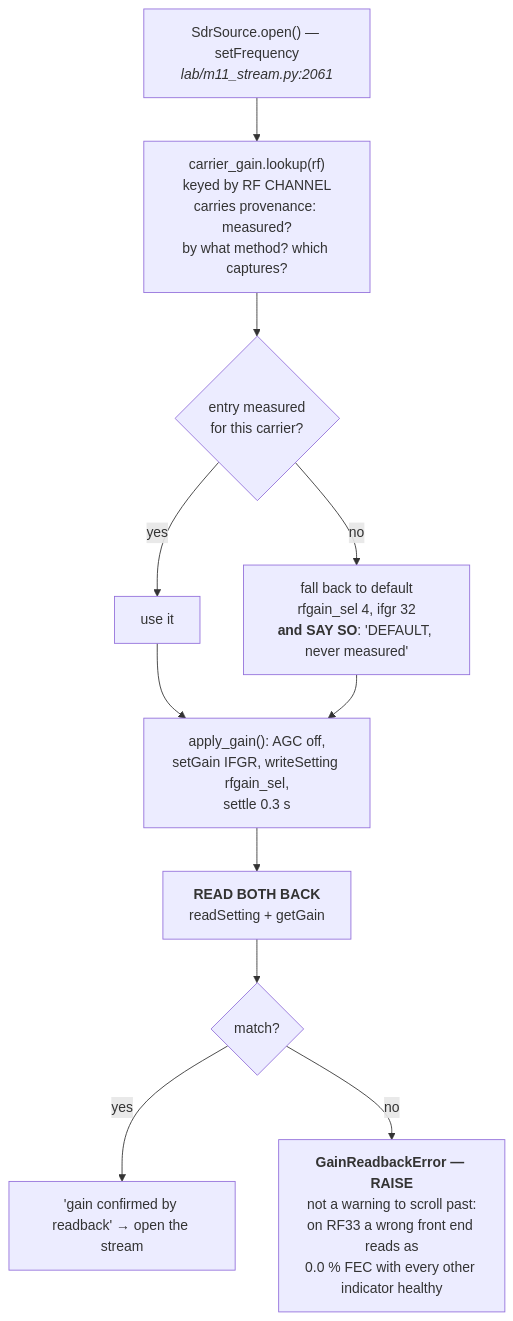
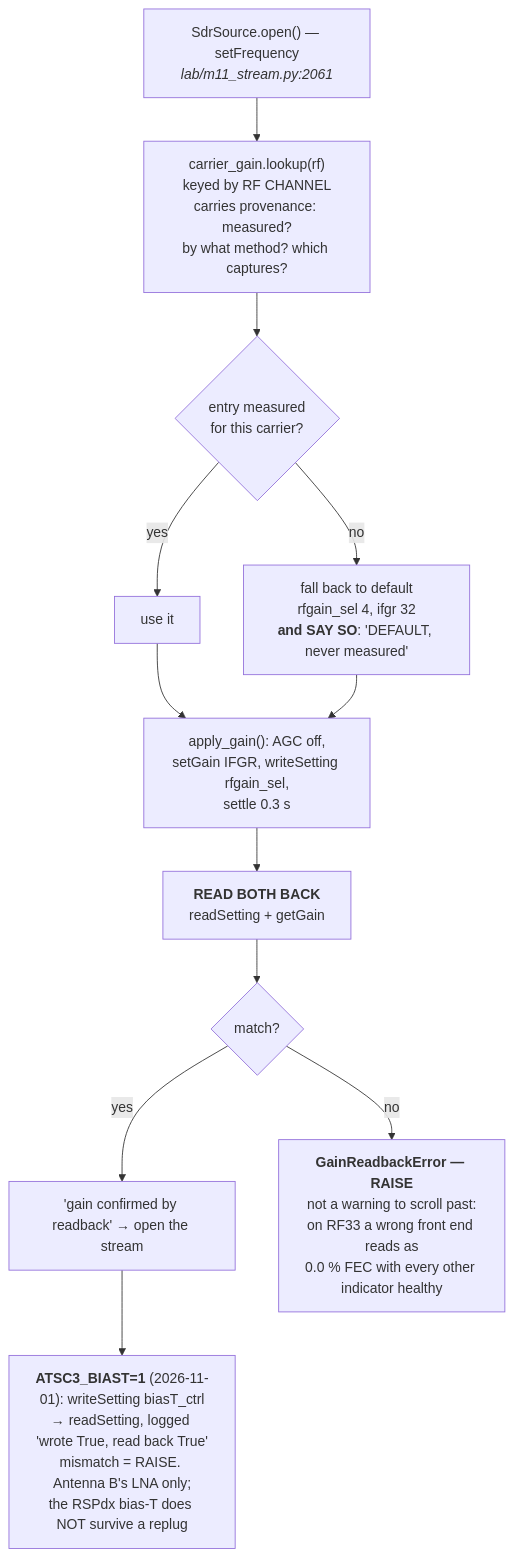
One commit to Felbs/atsc3 changed the second of 15 diagrams in docs/ARCHITECTURE.md. Above: the diagram before and after it, drawn with Mermaid. The commit also changed other lines of this file, not shown here.

First line of the commit message:
docs/ARCHITECTURE: bias-T readback, Linux VLC spawn facts, atsc3_quality.py as a referee

````diff
--- a/docs/ARCHITECTURE.md
+++ b/docs/ARCHITECTURE.md
@@ -62,14 +62,15 @@
 ```mermaid
 flowchart TD
     TUNE["SdrSource.open() &mdash; setFrequency<br/><i>lab/m11_stream.py:2061</i>"]
     TUNE --> LOOK["carrier_gain.lookup(rf)<br/>keyed by RF CHANNEL<br/>carries provenance: measured?<br/>by what method? which captures?"]
     LOOK --> DEF{"entry measured<br/>for this carrier?"}
     DEF -->|yes| USE["use it"]
     DEF -->|no| FALL["fall back to default<br/>rfgain_sel 4, ifgr 32<br/><b>and SAY SO</b>: 'DEFAULT, never measured'"]
     USE --> APPLY["apply_gain(): AGC off,<br/>setGain IFGR, writeSetting rfgain_sel,<br/>settle 0.3 s"]
     FALL --> APPLY
     APPLY --> RB["<b>READ BOTH BACK</b><br/>readSetting + getGain"]
     RB --> OK{"match?"}
     OK -->|yes| GO["'gain confirmed by readback' &rarr; open the stream"]
+    GO --> BT["<b>ATSC3_BIAST=1</b> (2026-11-01): writeSetting biasT_ctrl<br/>&rarr; readSetting, logged 'wrote True, read back True'<br/>mismatch = RAISE. Antenna B's LNA only;<br/>the RSPdx bias-T does NOT survive a replug"]
     OK -->|no| RAISE["<b>GainReadbackError &mdash; RAISE</b><br/>not a warning to scroll past:<br/>on RF33 a wrong front end reads as<br/>0.0 % FEC with every other indicator healthy"]
 ```
````
